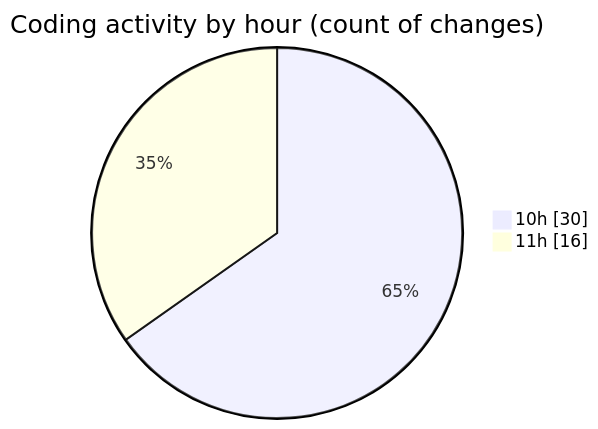
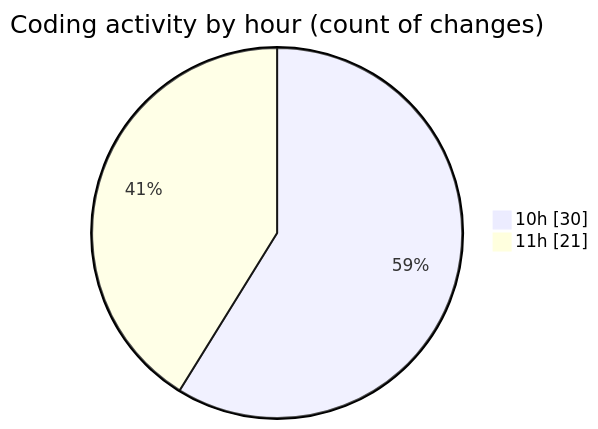
The second of 2 diagrams in 2025-05-01/cda/README.md (momahboobian/code-tracking), drawn with Mermaid before and after one commit. The commit also changed other lines of this file and 1 other file, not shown here.

````diff
--- a/2025-05-01/cda/README.md
+++ b/2025-05-01/cda/README.md
@@ -36,6 +36,6 @@
 ```mermaid
 pie showData
 title Coding activity by hour (count of changes)
 "10h" : 30
-"11h" : 16
+"11h" : 21
 ```
````
